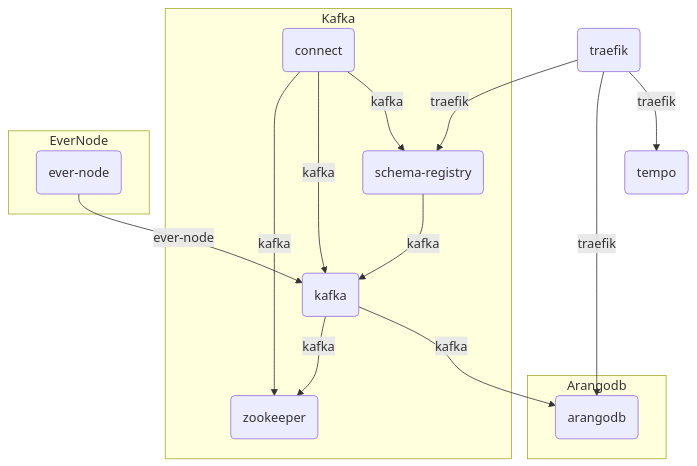
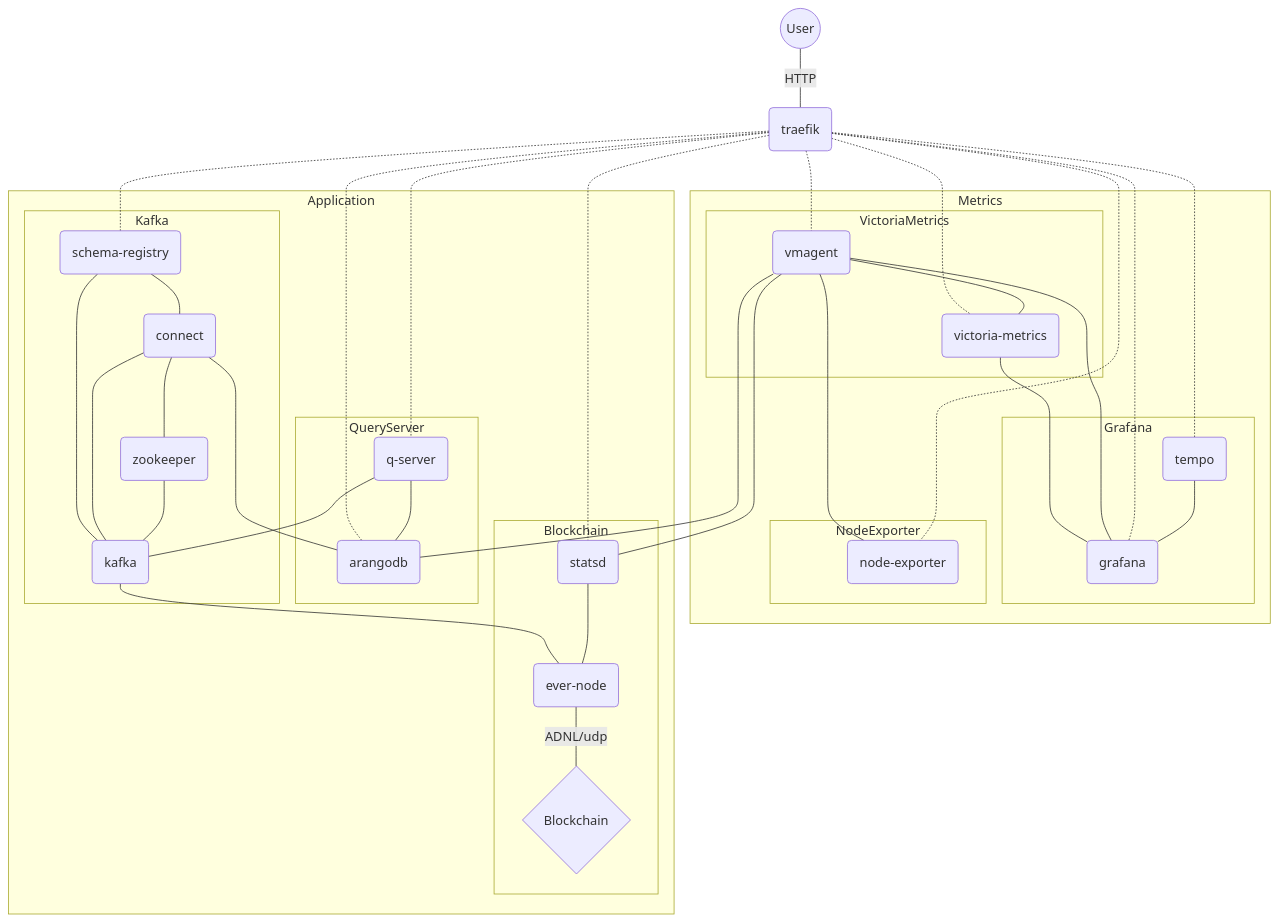
The first of 2 diagrams in README.md (treeton-org/application-server), drawn with Mermaid before and after one commit. The commit also changed other lines of this file and 1 other file, not shown here.

Commit message:
docs: Detailed mermaid schemes

````diff
--- a/README.md
+++ b/README.md
@@ -14,43 +17,66 @@
 ```mermaid
 flowchart TD
-    %% Labels
+    subgraph Metrics
+        VictoriaMetrics
+        NodeExporter
+        Grafana
+    end
+
+        subgraph VictoriaMetrics
+            vmagent(vmagent)
+            victoria-metrics(victoria-metrics)
+            vmagent---victoria-metrics
+        end
+
+        subgraph Grafana
+            tempo(tempo)
+            grafana(grafana)
+            tempo---grafana
+        end
+
+        subgraph NodeExporter
+            node-exporter(node-exporter)
+            node-exporter
+        end
+
+    subgraph Application
+        Kafka
+        QueryServer
+        Blockchain
+    end
+
+        subgraph Kafka
+            zookeeper(zookeeper)
+            kafka(kafka)
+            schema-registry(schema-registry)
+            connect(connect)
+            zookeeper---kafka
+            connect---zookeeper & kafka
+            schema-registry---kafka & connect
+        end
+
+        subgraph QueryServer
+            q-server(q-server)
+            arangodb(arangodb)
+            q-server---arangodb
+        end
+
+        subgraph Blockchain
+            statsd(statsd)
+            ever-node(ever-node)
+            blockchain{Blockchain}
+            statsd---ever-node---|ADNL/udp|blockchain
+        end
+
+
+    user((User))
     traefik(traefik)
-    tempo(tempo)
-    arangodb(arangodb)
-    zookeeper(zookeeper)
-    kafka(kafka)
-    schema-registry(schema-registry)
-    connect(connect)
-    ever-node(ever-node)
 
-    %% Traefik
-    traefik-->|traefik|arangodb
-    traefik-->|traefik|tempo
-    traefik-->|traefik|schema-registry
-
-    %% Kafka
-    kafka-->|kafka|zookeeper
-    kafka-->|kafka|arangodb
-    schema-registry-->|kafka|kafka
-    connect-->|kafka|zookeeper
-    connect-->|kafka|kafka
-    connect-->|kafka|schema-registry
-
-    %% EverNode
-    ever-node-->|ever-node|kafka
-
-subgraph Arangodb
-    arangodb
-end
-
-subgraph Kafka
-    zookeeper
-    kafka
-    schema-registry
-    connect
-end
-
-subgraph EverNode
-    ever-node
-end
+    user---|HTTP|traefik
+    traefik-.-arangodb & tempo & schema-registry & vmagent & victoria-metrics & q-server & statsd & node-exporter & grafana
+    kafka---ever-node
+    connect---arangodb
+    q-server---kafka
+    vmagent-----grafana & statsd & node-exporter & arangodb
+    victoria-metrics---grafana
 ```
````
